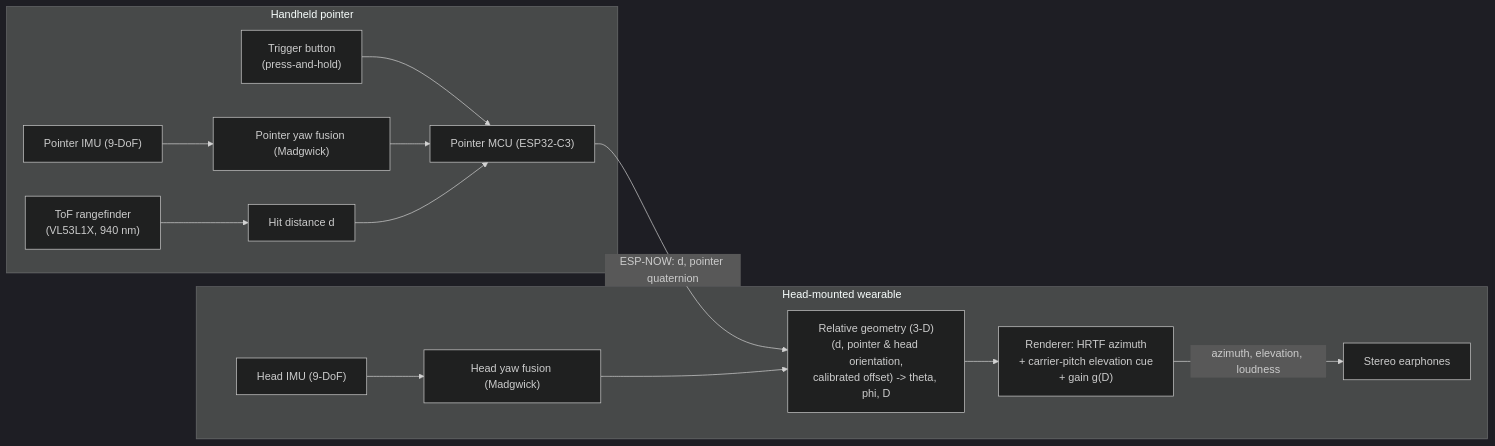
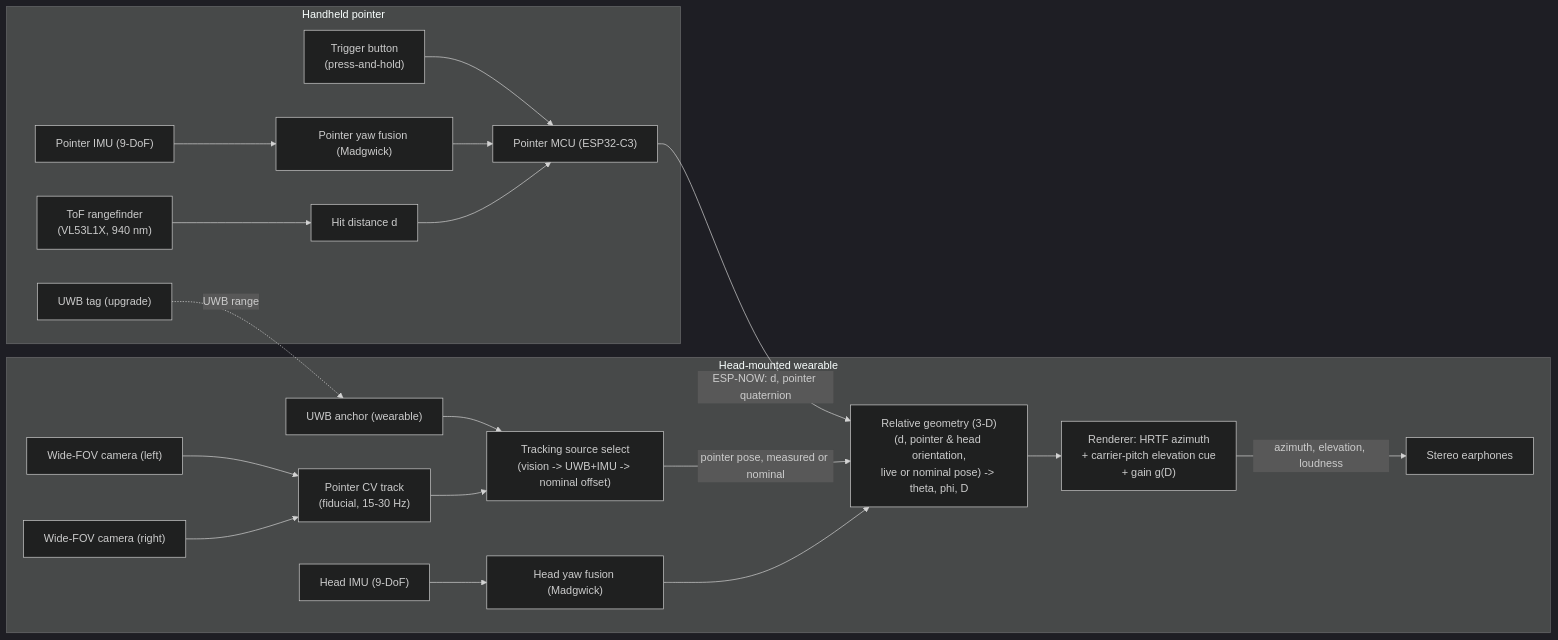
The diagram in README.md (pewpil/auris), drawn with Mermaid (dark theme) before and after one commit. The commit also changed other lines of this file and 2 other files, not shown here.

Commit message:
pointer to wearable distance for sound projection strenthening

````diff
--- a/README.md
+++ b/README.md
@@ -56,17 +57,24 @@
 ```mermaid
 flowchart LR
     subgraph pointer["Handheld pointer"]
         pimu["Pointer IMU (9-DoF)"] --> pfus["Pointer yaw fusion (Madgwick)"]
         tof["ToF rangefinder<br/>(VL53L1X, 940 nm)"] --> dist["Hit distance d"]
         btn["Trigger button<br/>(press-and-hold)"] --> mcu1["Pointer MCU (ESP32-C3)"]
+        uwbt["UWB tag (upgrade)"]
         pfus --> mcu1
         dist --> mcu1
     end
     subgraph wearable["Head-mounted wearable"]
         himu["Head IMU (9-DoF)"] --> hfus["Head yaw fusion (Madgwick)"]
-        mcu1 -- "ESP-NOW: d, pointer quaternion" --> geo["Relative geometry (3-D)<br/>(d, pointer & head orientation,<br/>calibrated offset) -> theta, phi, D"]
+        camL["Wide-FOV camera (left)"] --> cv["Pointer CV track<br/>(fiducial, 15-30 Hz)"]
+        camR["Wide-FOV camera (right)"] --> cv
+        uwbw["UWB anchor (wearable)"] --> src["Tracking source select<br/>(vision -> UWB+IMU -> nominal offset)"]
+        cv --> src
+        mcu1 -- "ESP-NOW: d, pointer quaternion" --> geo["Relative geometry (3-D)<br/>(d, pointer & head orientation,<br/>live or nominal pose) -> theta, phi, D"]
+        src -- "pointer pose, measured or nominal" --> geo
         hfus --> geo
         geo --> ren["Renderer: HRTF azimuth<br/>+ carrier-pitch elevation cue<br/>+ gain g(D)"]
         ren -- "azimuth, elevation, loudness" --> spk["Stereo earphones"]
+        uwbt -. "UWB range" .-> uwbw
     end
 ```
````
